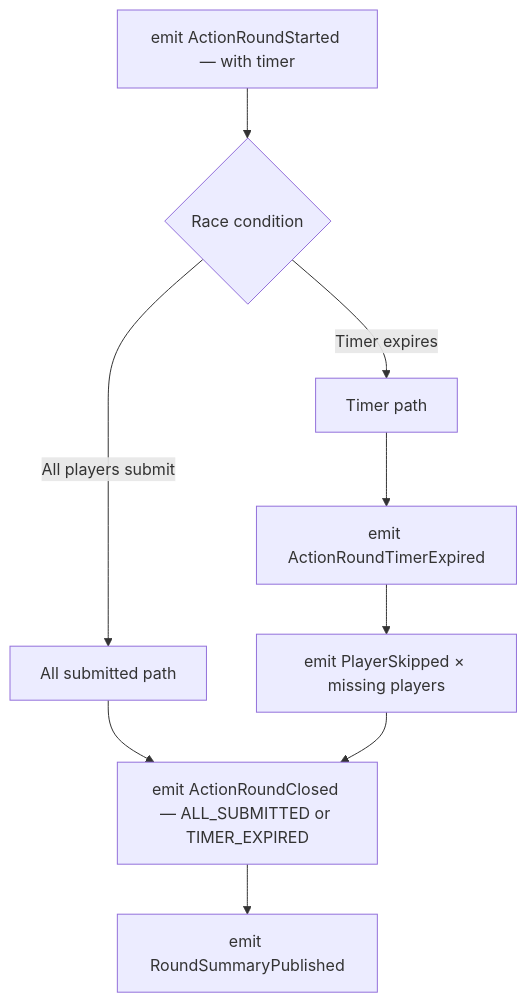
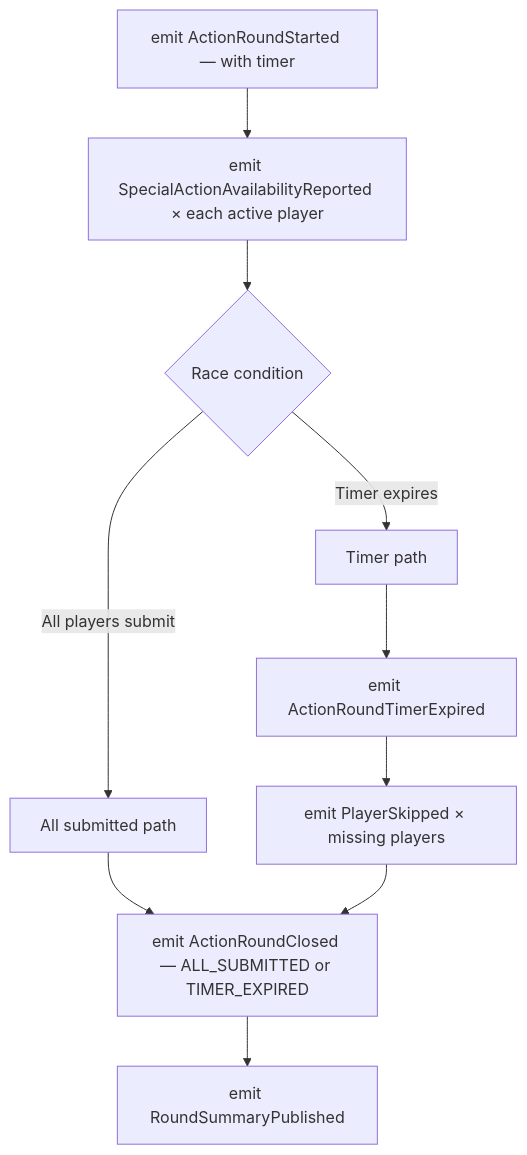
The diagram in sagas/action-round.mdx (temporal-rift/docs), drawn with Mermaid before and after one commit. The commit also changed other lines of this file, not shown here.

Commit message:
docs(sagas): describe special availability at action round open (#151)

````diff
--- a/sagas/action-round.mdx
+++ b/sagas/action-round.mdx
@@ -13,11 +13,12 @@
 ```mermaid
 flowchart TD
-  A[emit ActionRoundStarted — with timer] --> B{Race condition}
+  A[emit ActionRoundStarted — with timer] --> A2[emit SpecialActionAvailabilityReported × each active player]
+  A2 --> B{Race condition}
   B -->|All players submit| C[All submitted path]
   B -->|Timer expires| D[Timer path]
   D --> E[emit ActionRoundTimerExpired]
   E --> F[emit PlayerSkipped × missing players]
   C --> G[emit ActionRoundClosed — ALL_SUBMITTED or TIMER_EXPIRED]
   F --> G
   G --> H[emit RoundSummaryPublished]
 ```
````
